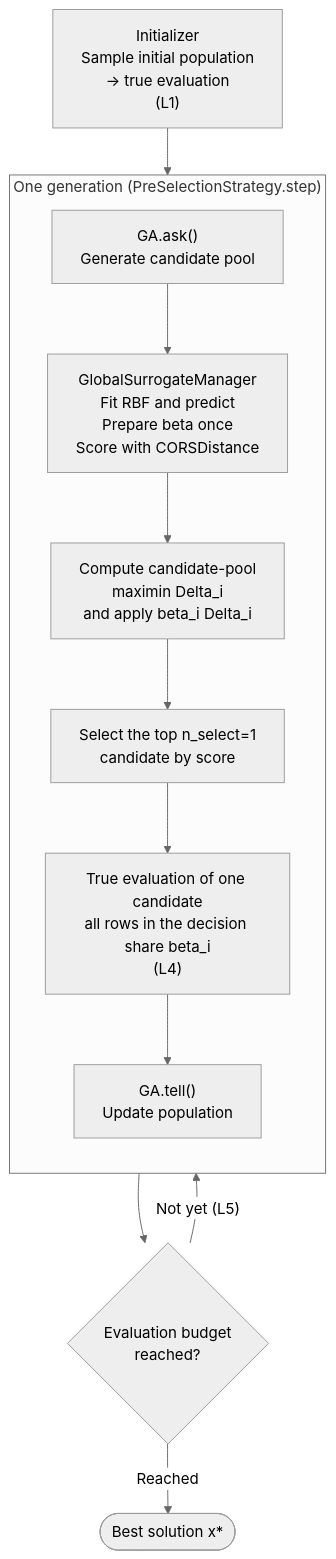
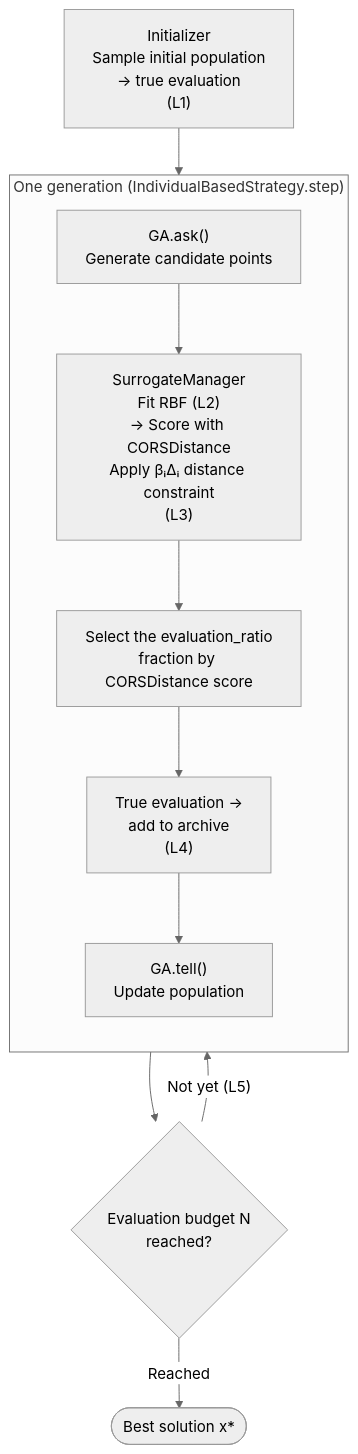
The diagram in docs/algorithms/rbf_cors.md (shlka/saealib), drawn with Mermaid (neutral theme) before and after one commit. The commit also changed other lines of this file and 28 other files, not shown here.

First line of the commit message:
fix: [#238] make CORS beta cadence source-faithful using decision_count

````diff
--- a/docs/algorithms/rbf_cors.md
+++ b/docs/algorithms/rbf_cors.md
@@ -150,15 +43,14 @@
 ```{mermaid}
 flowchart TD
     INIT["Initializer<br/>Sample initial population<br/>→ true evaluation<br/>(L1)"] --> ASK
-    subgraph GEN["One generation (PreSelectionStrategy.step)"]
+    subgraph GEN["One generation (IndividualBasedStrategy.step)"]
         direction TB
-        ASK["GA.ask()<br/>Generate candidate pool"] --> SCORE["GlobalSurrogateManager<br/>Fit RBF and predict<br/>Prepare beta once<br/>Score with CORSDistance"]
-        SCORE --> DIST["Compute candidate-pool<br/>maximin Delta_i<br/>and apply beta_i Delta_i"]
-        DIST --> SORT["Select the top n_select=1<br/>candidate by score"]
-        SORT --> EVAL["True evaluation of one candidate<br/>all rows in the decision share beta_i<br/>(L4)"]
+        ASK["GA.ask()<br/>Generate candidate points"] --> SCORE["SurrogateManager<br/>Fit RBF (L2)<br/>→ Score with CORSDistance<br/>Apply βᵢΔᵢ distance constraint<br/>(L3)"]
+        SCORE --> SORT["Select the evaluation_ratio<br/>fraction by CORSDistance score"]
+        SORT --> EVAL["True evaluation →<br/>add to archive<br/>(L4)"]
         EVAL --> TELL["GA.tell()<br/>Update population"]
     end
-    GEN --> TERM{"Evaluation budget<br/>reached?"}
+    GEN --> TERM{"Evaluation budget N<br/>reached?"}
     TERM -- "Not yet (L5)" --> ASK
     TERM -- "Reached" --> RESULT(["Best solution x*"])
 ```
````
